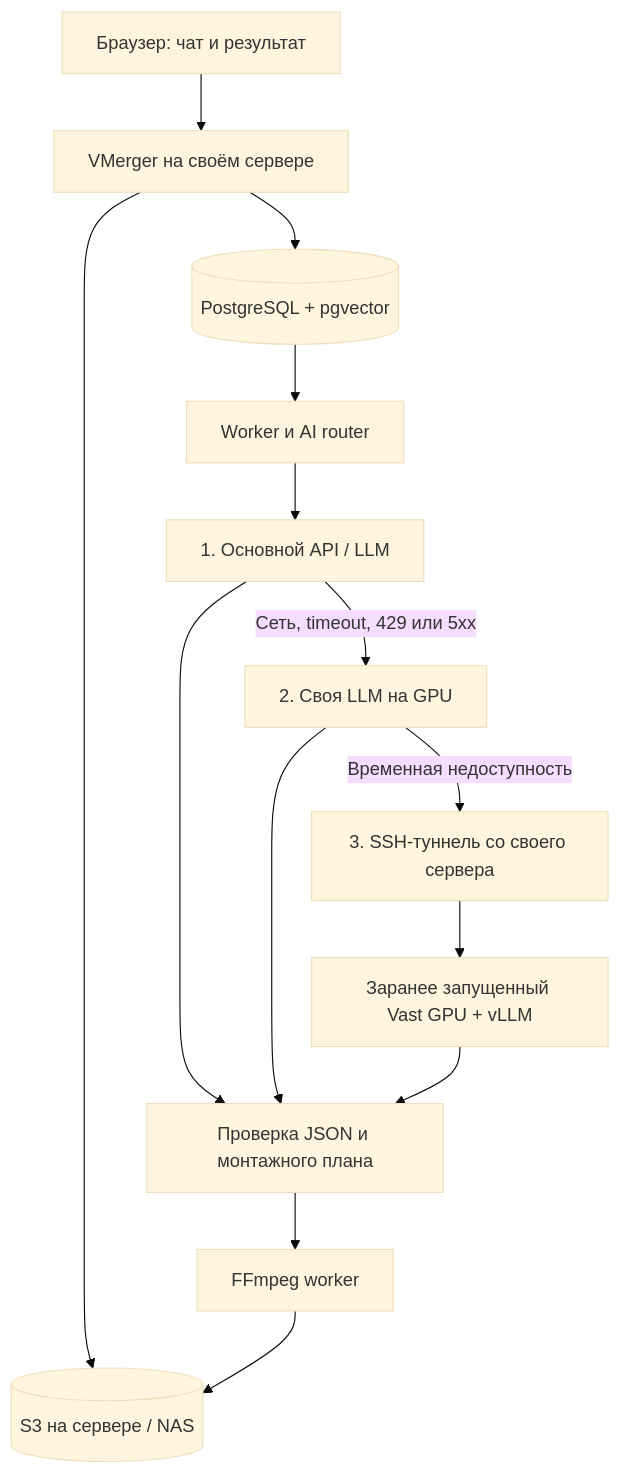
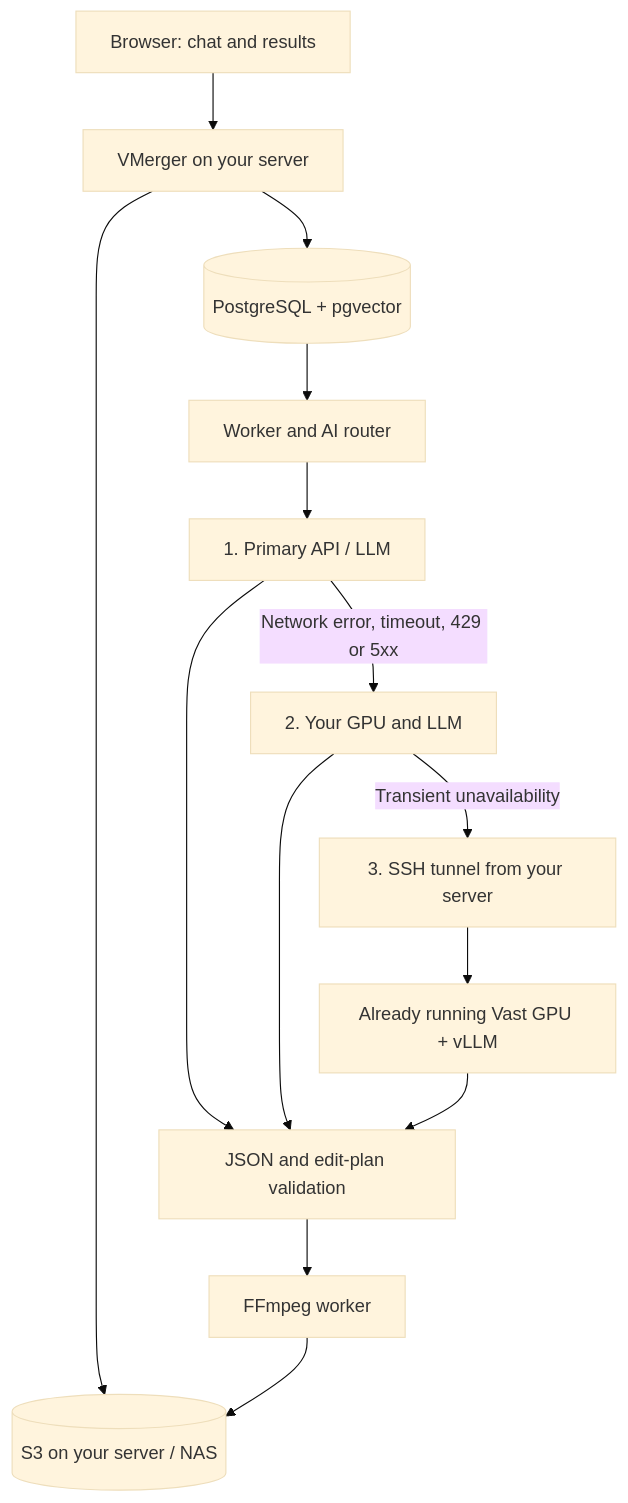
Before and after one commit to Chaapa/VMerger: the first of 2 diagrams in docs/self-hosted-llm.md, drawn with Mermaid (base theme). The commit also changed other lines of this file and 10 other files, not shown here.

````diff
--- a/docs/self-hosted-llm.md
+++ b/docs/self-hosted-llm.md
@@ -9,16 +9,16 @@
 ```mermaid
 flowchart TB
-    U["Браузер: чат и результат"] --> API["VMerger на своём сервере"]
+    U["Browser: chat and results"] --> API["VMerger on your server"]
     API --> DB[("PostgreSQL + pgvector")]
-    API --> S3[("S3 на сервере / NAS")]
-    DB --> W["Worker и AI router"]
-    W --> P["1. Основной API / LLM"]
-    P -->|"Сеть, timeout, 429 или 5xx"| L["2. Своя LLM на GPU"]
-    L -->|"Временная недоступность"| T["3. SSH-туннель со своего сервера"]
-    T --> V["Заранее запущенный Vast GPU + vLLM"]
-    P --> C["Проверка JSON и монтажного плана"]
+    API --> S3[("S3 on your server / NAS")]
+    DB --> W["Worker and AI router"]
+    W --> P["1. Primary API / LLM"]
+    P -->|"Network error, timeout, 429 or 5xx"| L["2. Your GPU and LLM"]
+    L -->|"Transient unavailability"| T["3. SSH tunnel from your server"]
+    T --> V["Already running Vast GPU + vLLM"]
+    P --> C["JSON and edit-plan validation"]
     L --> C
     V --> C
     C --> F["FFmpeg worker"]
     F --> S3
 ```
````
